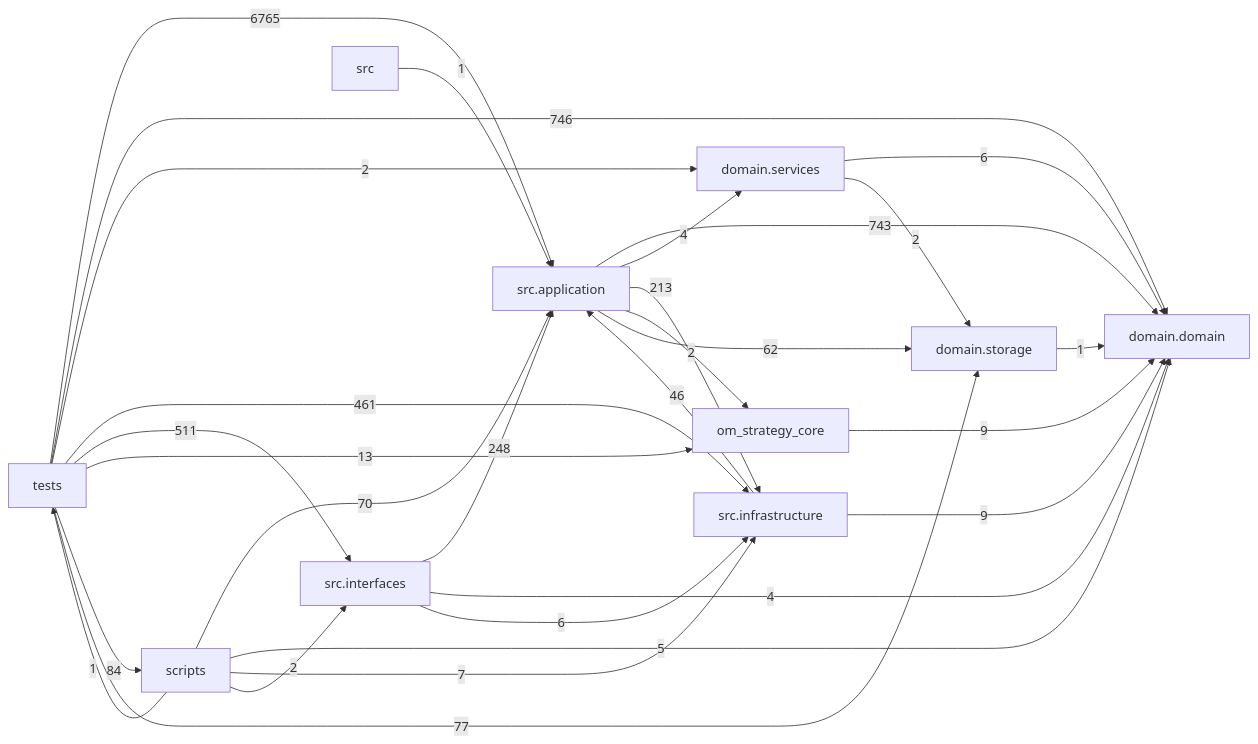
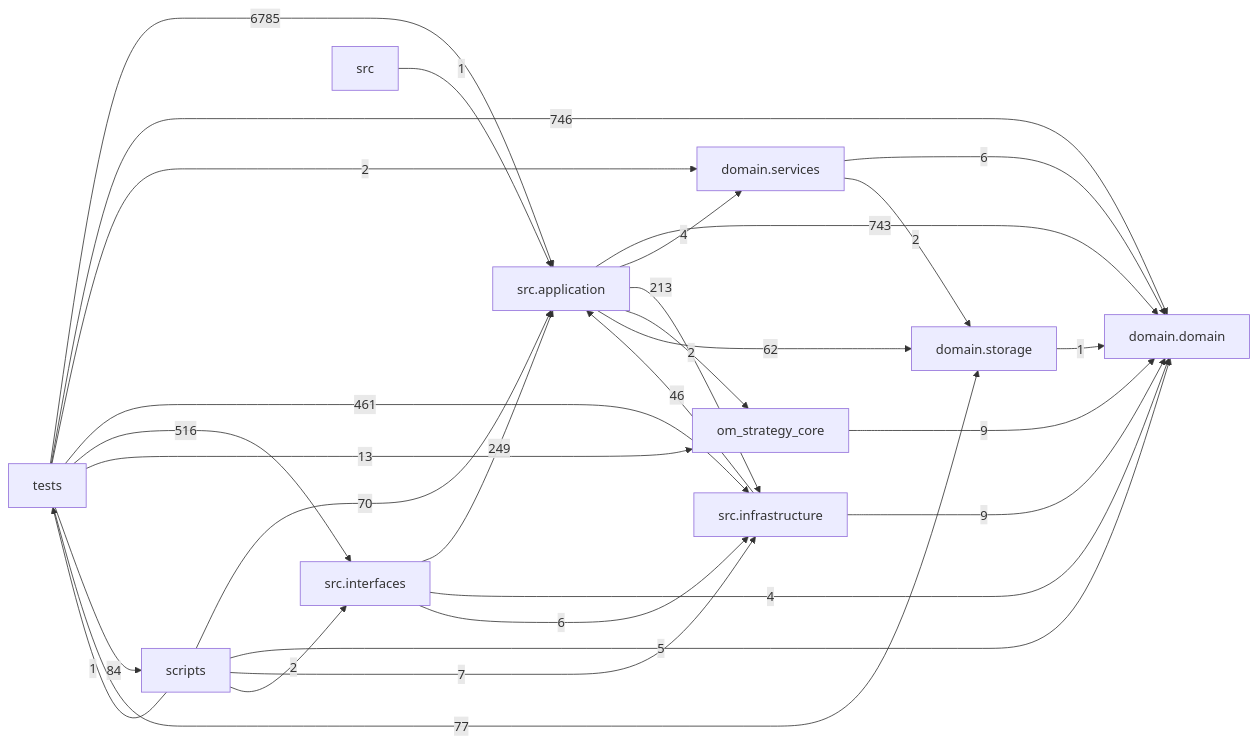
The diagram in docs/DEPENDENCY_GRAPH.md (liuxie066/options-monitor), drawn with Mermaid before and after one commit. The commit also changed other lines of this file and 10 other files, not shown here.

````diff
--- a/docs/DEPENDENCY_GRAPH.md
+++ b/docs/DEPENDENCY_GRAPH.md
@@ -24,39 +24,39 @@
 ```mermaid
 flowchart LR
   tests["tests"]
   scripts["scripts"]
   interfaces["src.interfaces"]
   application["src.application"]
   infrastructure["src.infrastructure"]
   domain_services["domain.services"]
   domain["domain.domain"]
   storage["domain.storage"]
   application -->|743| domain
   application -->|4| domain_services
   application -->|213| infrastructure
   application -->|2| om_strategy_core
   application -->|62| storage
   domain_services -->|6| domain
   domain_services -->|2| storage
   infrastructure -->|46| application
   infrastructure -->|9| domain
-  interfaces -->|248| application
+  interfaces -->|249| application
   interfaces -->|4| domain
   interfaces -->|6| infrastructure
   om_strategy_core -->|9| domain
   scripts -->|70| application
   scripts -->|5| domain
   scripts -->|7| infrastructure
   scripts -->|2| interfaces
   scripts -->|1| tests
   src -->|1| application
   storage -->|1| domain
-  tests -->|6765| application
+  tests -->|6785| application
   tests -->|746| domain
   tests -->|2| domain_services
   tests -->|461| infrastructure
-  tests -->|511| interfaces
+  tests -->|516| interfaces
   tests -->|13| om_strategy_core
   tests -->|84| scripts
   tests -->|77| storage
 ```
````
